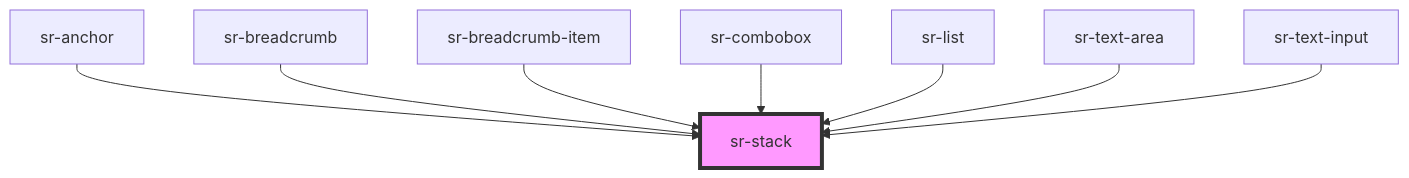
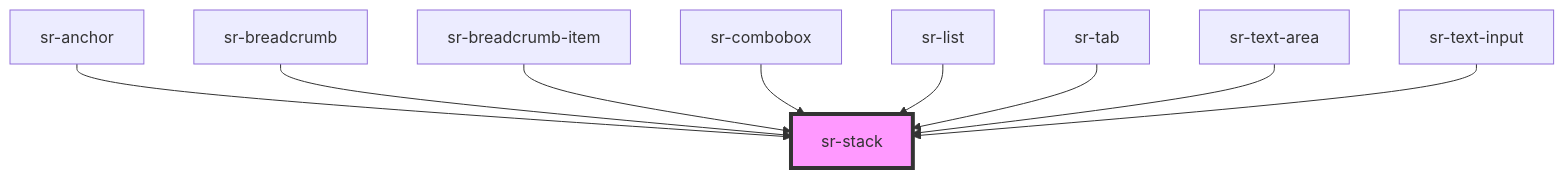
The diagram in src/components/layouts/sr-stack/readme.md (tonyblu331/spotify-replay-design-system), drawn with Mermaid before and after one commit. The commit also changed other lines of this file and 14 other files, not shown here.

````diff
--- a/src/components/layouts/sr-stack/readme.md
+++ b/src/components/layouts/sr-stack/readme.md
@@ -34,11 +35,12 @@
 ```mermaid
 graph TD;
   sr-anchor --> sr-stack
   sr-breadcrumb --> sr-stack
   sr-breadcrumb-item --> sr-stack
   sr-combobox --> sr-stack
   sr-list --> sr-stack
+  sr-tab --> sr-stack
   sr-text-area --> sr-stack
   sr-text-input --> sr-stack
   style sr-stack fill:#f9f,stroke:#333,stroke-width:4px
 ```
````
